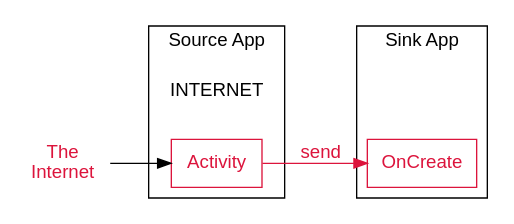
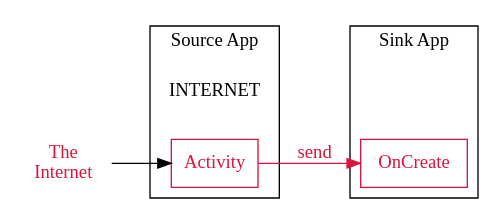
Before and after one commit to bogwonch/first-year-report: the diagram in img/taint.dot, drawn with Graphviz. The commit also changed 21 other files, not shown here.

```diff
--- a/img/taint.dot
+++ b/img/taint.dot
@@ -1,24 +1,24 @@
 digraph taint {
   compound=true;
   overlap=false;
   rankdir=LR;
   splines=true;
-  graph [fontname="Helvetica"]
+  graph [fontname="LMSans10-Regular"]
 
-  net [label="The\nInternet" shape=none fontcolor=crimson fontname="Helvetica"];  
+  net [label="The\nInternet" shape=none fontcolor=crimson fontname="LMSans10-Regular"];  
 
-  subgraph cluster_source {fontname="Helvetica"
+  subgraph cluster_source {fontname="LMSans10-Regular"
     label="Source App";
-    perm [label="INTERNET" shape=none fontcolor=black fontname="Helvetica"];      
-    act [label="Activity" shape=rectangle color=crimson fontcolor=crimson fontname="Helvetica"];
+    perm [label="INTERNET" shape=none fontcolor=black fontname="LMSans10-Regular"];      
+    act [label="Activity" shape=rectangle color=crimson fontcolor=crimson fontname="LMSans10-Regular"];
   }
 
-  subgraph cluster_sink {fontname="Helvetica"
+  subgraph cluster_sink {fontname="LMSans10-Regular"
     label="Sink App";
-    perm2 [label="" shape=none fontname="Helvetica"];
-    oncreate [label="OnCreate" shape=rectangle color=crimson fontcolor=crimson fontname="Helvetica"];
+    perm2 [label="" shape=none fontname="LMSans10-Regular"];
+    oncreate [label="OnCreate" shape=rectangle color=crimson fontcolor=crimson fontname="LMSans10-Regular"];
   }
 
   net -> act;
-  act -> oncreate [label=send fontname="Helvetica" fontcolor=crimson color=crimson];
+  act -> oncreate [label=send fontname="LMSans10-Regular" fontcolor=crimson color=crimson];
 }
```
